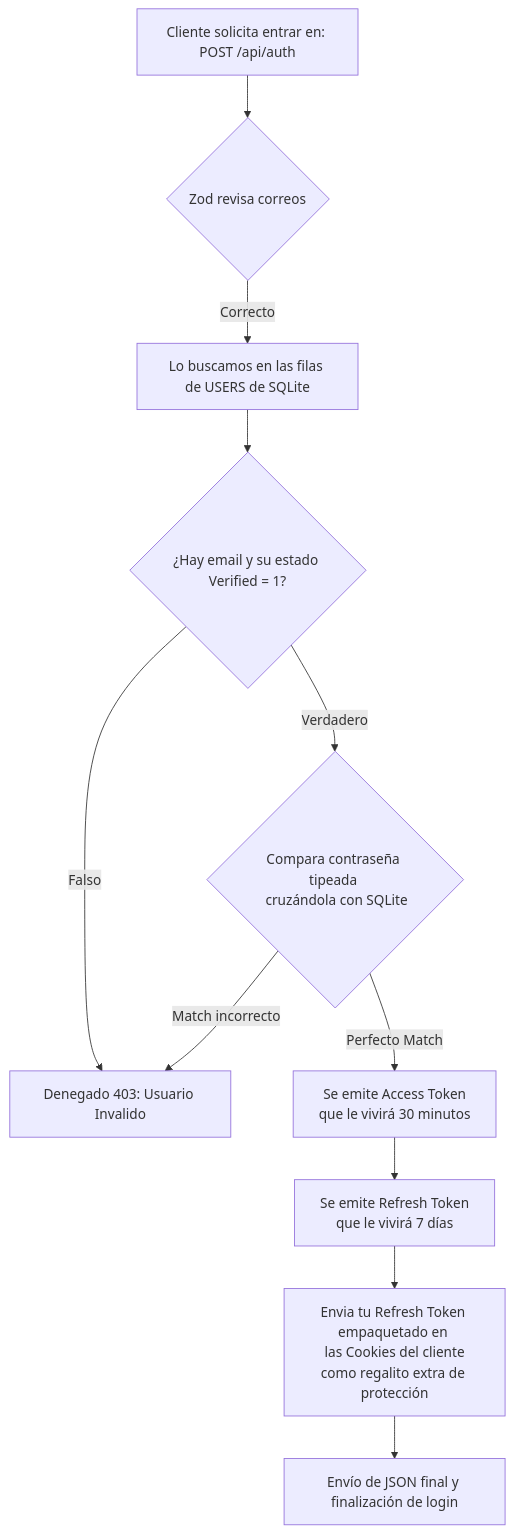
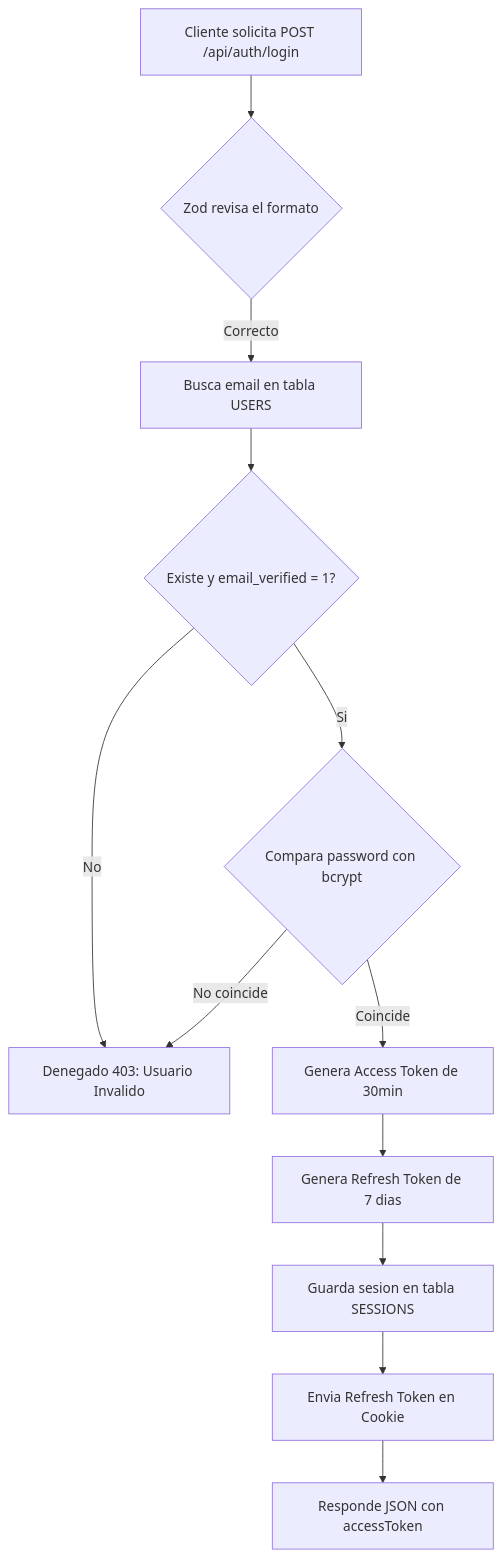
Before and after one commit to Byte21m/Proyecto-Sistema-de-facturacion: the third of 4 diagrams in documentacion/05_Diagramas_y_Estructura.md, drawn with Mermaid. The commit also changed other lines of this file and 1 other file, not shown here.

Commit message:
docs: Diagramas Mermaid corregidos, extensiones VSCode detalladas

````diff
--- a/documentacion/05_Diagramas_y_Estructura.md
+++ b/documentacion/05_Diagramas_y_Estructura.md
@@ -78,13 +92,14 @@
 ```mermaid
 flowchart TD
-    A[Cliente solicita entrar en: POST /api/auth] --> B{Zod revisa correos}
-    B -- Correcto --> C[Lo buscamos en las filas de USERS de SQLite]
-    C --> D{¿Hay email y su estado Verified = 1?}
-    D -- Falso --> E[Denegado 403: Usuario Invalido]
-    D -- Verdadero --> F{Compara contraseña tipeada \n cruzándola con SQLite}
-    F -- Match incorrecto --> E
-    F -- Perfecto Match --> G[Se emite Access Token \n que le vivirá 30 minutos]
-    G --> H[Se emite Refresh Token \n que le vivirá 7 días]
-    H --> I[Envia tu Refresh Token empaquetado en \n las Cookies del cliente como regalito extra de protección]
-    I --> J[Envío de JSON final y finalización de login]
+    A["Cliente solicita POST /api/auth/login"] --> B{"Zod revisa el formato"}
+    B -- "Correcto" --> C["Busca email en tabla USERS"]
+    C --> D{"Existe y email_verified = 1?"}
+    D -- "No" --> E["Denegado 403: Usuario Invalido"]
+    D -- "Si" --> F{"Compara password con bcrypt"}
+    F -- "No coincide" --> E
+    F -- "Coincide" --> G["Genera Access Token de 30min"]
+    G --> H["Genera Refresh Token de 7 dias"]
+    H --> I["Guarda sesion en tabla SESSIONS"]
+    I --> J["Envia Refresh Token en Cookie"]
+    J --> K["Responde JSON con accessToken"]
 ```
````
